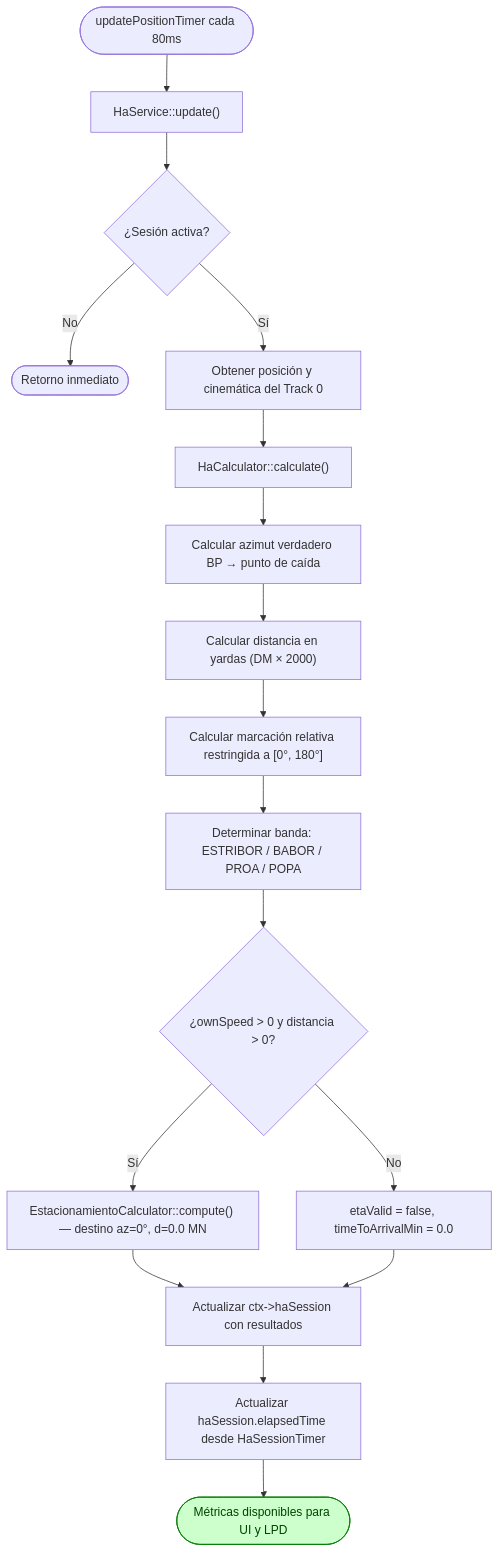
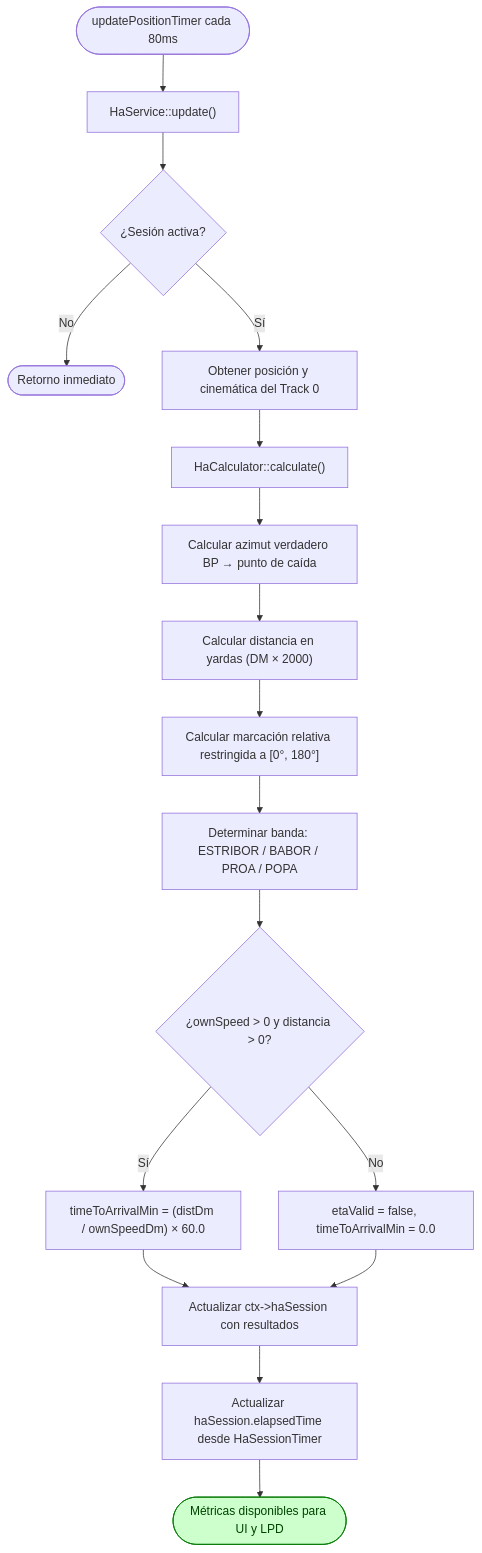
Before and after one commit to DirectorSiag/DDM: the second of 2 diagrams in docs/flows/hombre-al-agua.md, drawn with Mermaid. The commit also changed other lines of this file, not shown here.

Commit message:
actualizacion de .md - ETA en haCalculator

````diff
--- a/docs/flows/hombre-al-agua.md
+++ b/docs/flows/hombre-al-agua.md
@@ -184,26 +183,26 @@
 ```mermaid
 flowchart TD
     T1([updatePositionTimer cada 80ms]) --> T2["HaService::update()"]
     T2 --> T3{"¿Sesión activa?"}
     T3 -->|No| T_END([Retorno inmediato])
 
     T3 -->|Sí| T4[Obtener posición y cinemática del Track 0]
     T4 --> T5["HaCalculator::calculate()"]
 
     T5 --> T6[Calcular azimut verdadero BP → punto de caída]
     T6 --> T7["Calcular distancia en yardas (DM × 2000)"]
     T7 --> T8["Calcular marcación relativa restringida a [0°, 180°]"]
     T8 --> T9[Determinar banda: ESTRIBOR / BABOR / PROA / POPA]
 
     T9 --> T10{"¿ownSpeed > 0 y distancia > 0?"}
-    T10 -->|Sí| T11["EstacionamientoCalculator::compute() — destino az=0°, d=0.0 MN"]
+    T10 -->|Sí| T11["timeToArrivalMin = (distDm / ownSpeedDm) × 60.0"]
     T10 -->|No| T12[etaValid = false, timeToArrivalMin = 0.0]
 
     T11 --> T13[Actualizar ctx->haSession con resultados]
     T12 --> T13
     T13 --> T14[Actualizar haSession.elapsedTime desde HaSessionTimer]
     T14 --> FT([Métricas disponibles para UI y LPD])
 
     classDef ok fill:#ccffcc,stroke:#007700,color:#004400
     class FT ok
 ```
````
